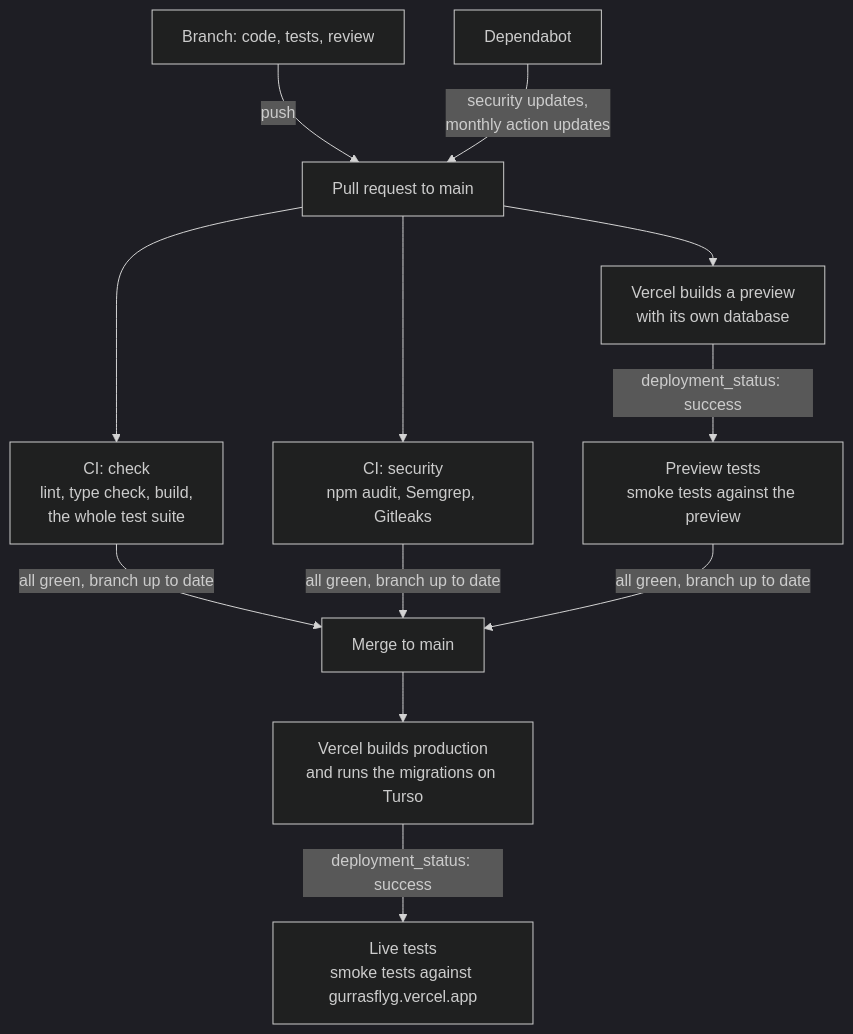
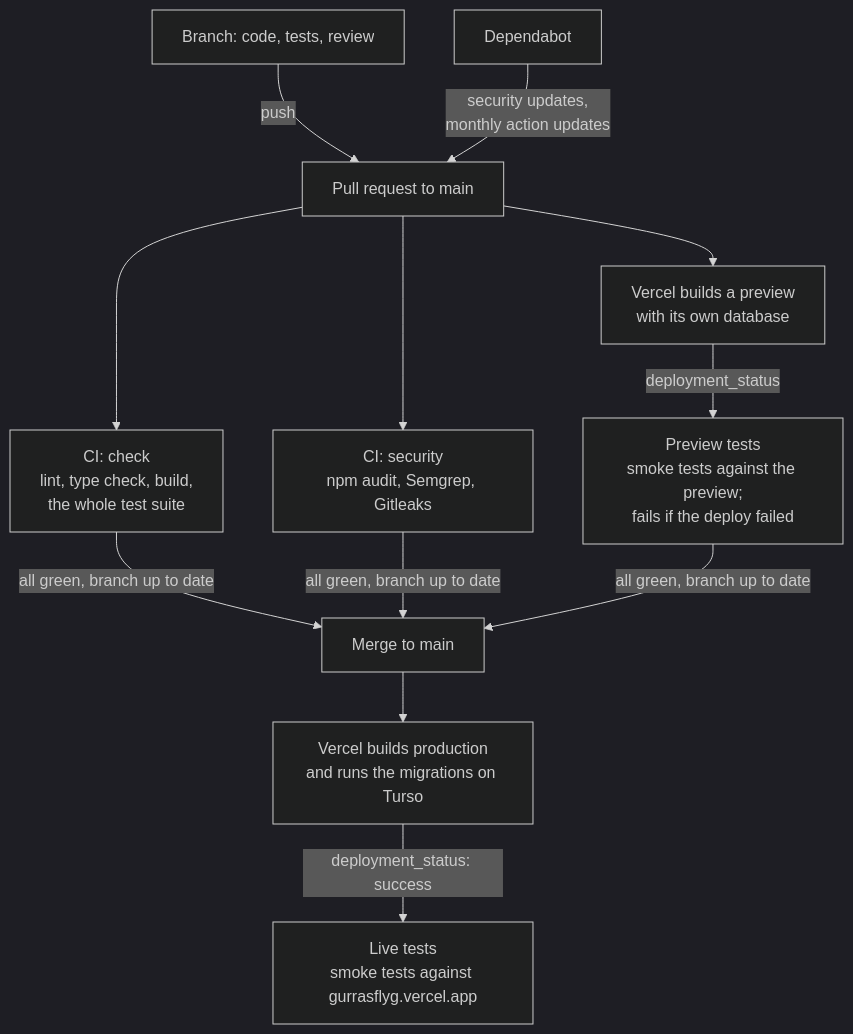
One commit to gustavnymoen/gurrasflyg changed the diagram in wiki/system/pipeline.md. Above: the diagram before and after it, drawn with Mermaid (dark theme). The commit also changed 6 other files, not shown here.

````diff
--- a/wiki/system/pipeline.md
+++ b/wiki/system/pipeline.md
@@ -15,12 +15,12 @@
 ```mermaid
 flowchart TD
     A[Branch: code, tests, review] -->|push| B[Pull request to main]
     B --> C["CI: check<br/>lint, type check, build,<br/>the whole test suite"]
     B --> D["CI: security<br/>npm audit, Semgrep, Gitleaks"]
     B --> E[Vercel builds a preview<br/>with its own database]
-    E -->|deployment_status: success| F["Preview tests<br/>smoke tests against the preview"]
+    E -->|deployment_status| F["Preview tests<br/>smoke tests against the preview;<br/>fails if the deploy failed"]
     C & D & F -->|all green, branch up to date| G[Merge to main]
     G --> H[Vercel builds production<br/>and runs the migrations on Turso]
     H -->|deployment_status: success| I["Live tests<br/>smoke tests against gurrasflyg.vercel.app"]
     J[Dependabot] -->|security updates,<br/>monthly action updates| B
 ```
````
